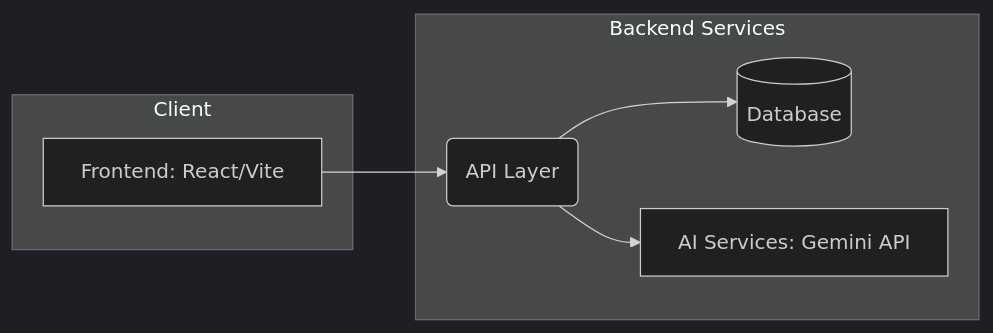
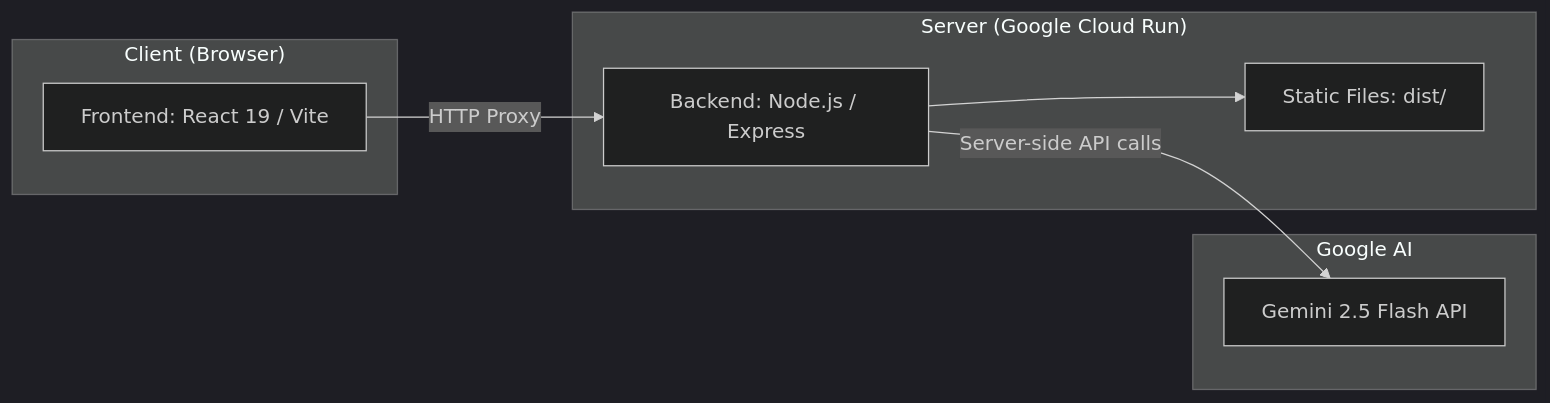
One commit to debiprasad229/Carbon_emmison_awareness changed the diagram in README.md. Above: the diagram before and after it, drawn with Mermaid (dark theme). The commit also changed other lines of this file, not shown here.

Commit message:
docs: update README to reflect current project architecture and features

````diff
--- a/README.md
+++ b/README.md
@@ -22,16 +28,19 @@
 ```mermaid
 graph LR
-    A[Frontend: React/Vite] --> B(API Layer)
-    B --> C[(Database)]
-    B --> D[AI Services: Gemini API]
-    
-    subgraph Client
-    A
+    A["Frontend: React 19 / Vite"] -->|HTTP Proxy| B["Backend: Node.js / Express"]
+    B -->|Server-side API calls| C["Gemini 2.5 Flash API"]
+    B --> D["Static Files: dist/"]
+
+    subgraph "Client (Browser)"
+      A
     end
-    
-    subgraph Backend Services
-    B
-    C
-    D
+
+    subgraph "Server (Google Cloud Run)"
+      B
+      D
+    end
+
+    subgraph "Google AI"
+      C
     end
 ```
````
